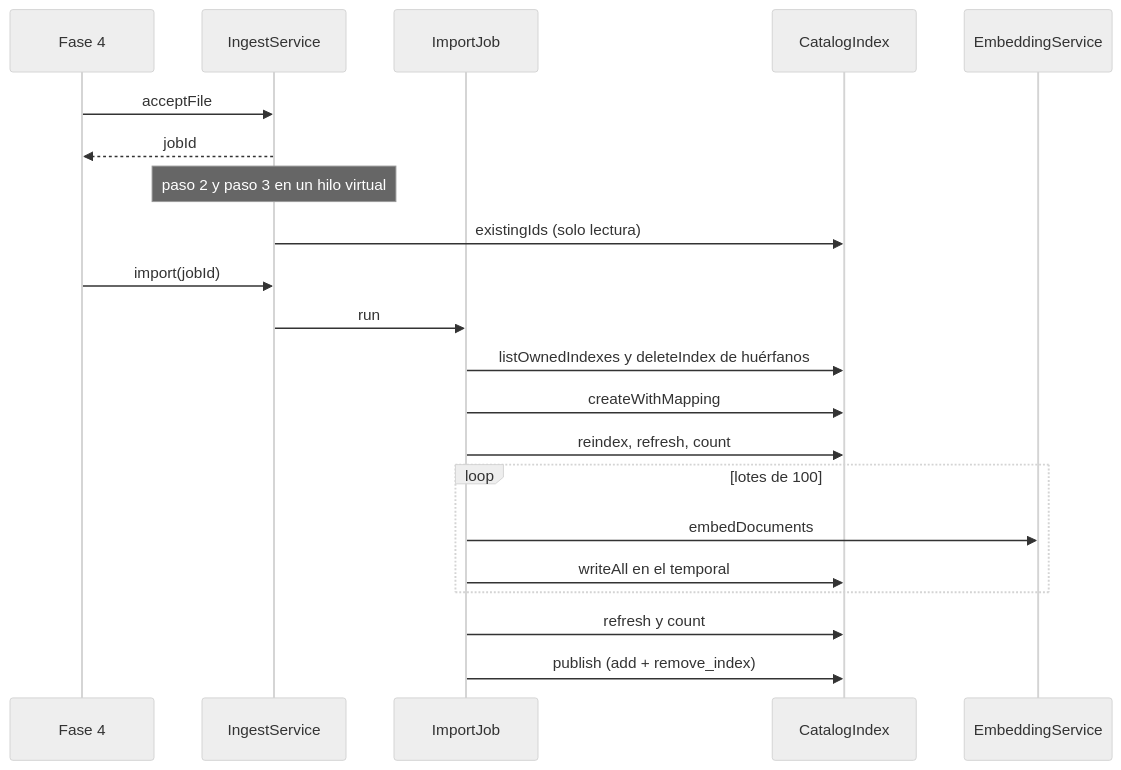
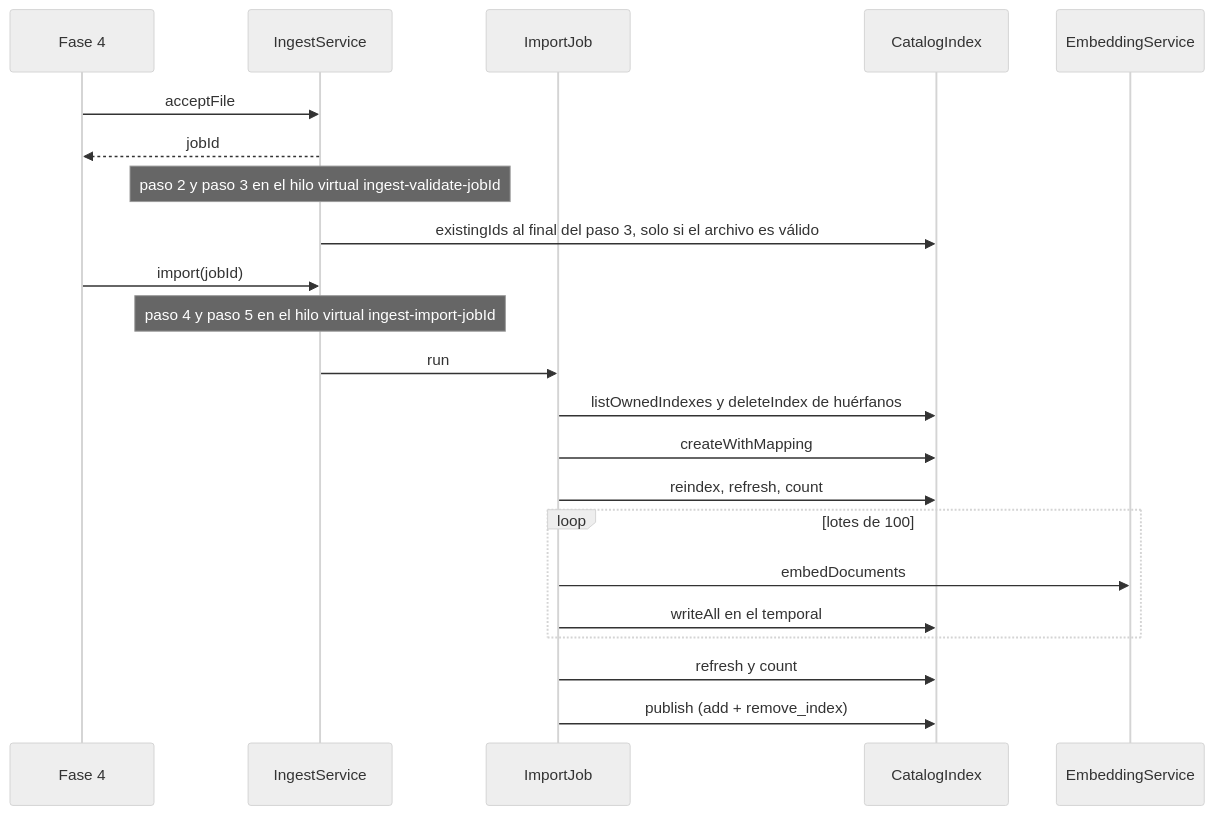
The second of 4 diagrams in docs/diseno/3.md (bigfito/elastiflix-reloaded), drawn with Mermaid (neutral theme) before and after one commit. The commit also changed other lines of this file and 4 other files, not shown here.

````diff
--- a/docs/diseno/3.md
+++ b/docs/diseno/3.md
@@ -188,24 +191,25 @@
 ```mermaid
 sequenceDiagram
   participant Web as Fase 4
   participant Svc as IngestService
   participant Job as ImportJob
   participant Cat as CatalogIndex
   participant Emb as EmbeddingService
 
   Web->>Svc: acceptFile
   Svc-->>Web: jobId
-  Note over Svc: paso 2 y paso 3 en un hilo virtual
-  Svc->>Cat: existingIds (solo lectura)
+  Note over Svc: paso 2 y paso 3 en el hilo virtual ingest-validate-jobId
+  Svc->>Cat: existingIds al final del paso 3, solo si el archivo es válido
   Web->>Svc: import(jobId)
+  Note over Svc: paso 4 y paso 5 en el hilo virtual ingest-import-jobId
   Svc->>Job: run
   Job->>Cat: listOwnedIndexes y deleteIndex de huérfanos
   Job->>Cat: createWithMapping
   Job->>Cat: reindex, refresh, count
   loop lotes de 100
     Job->>Emb: embedDocuments
     Job->>Cat: writeAll en el temporal
   end
   Job->>Cat: refresh y count
   Job->>Cat: publish (add + remove_index)
 ```
````
